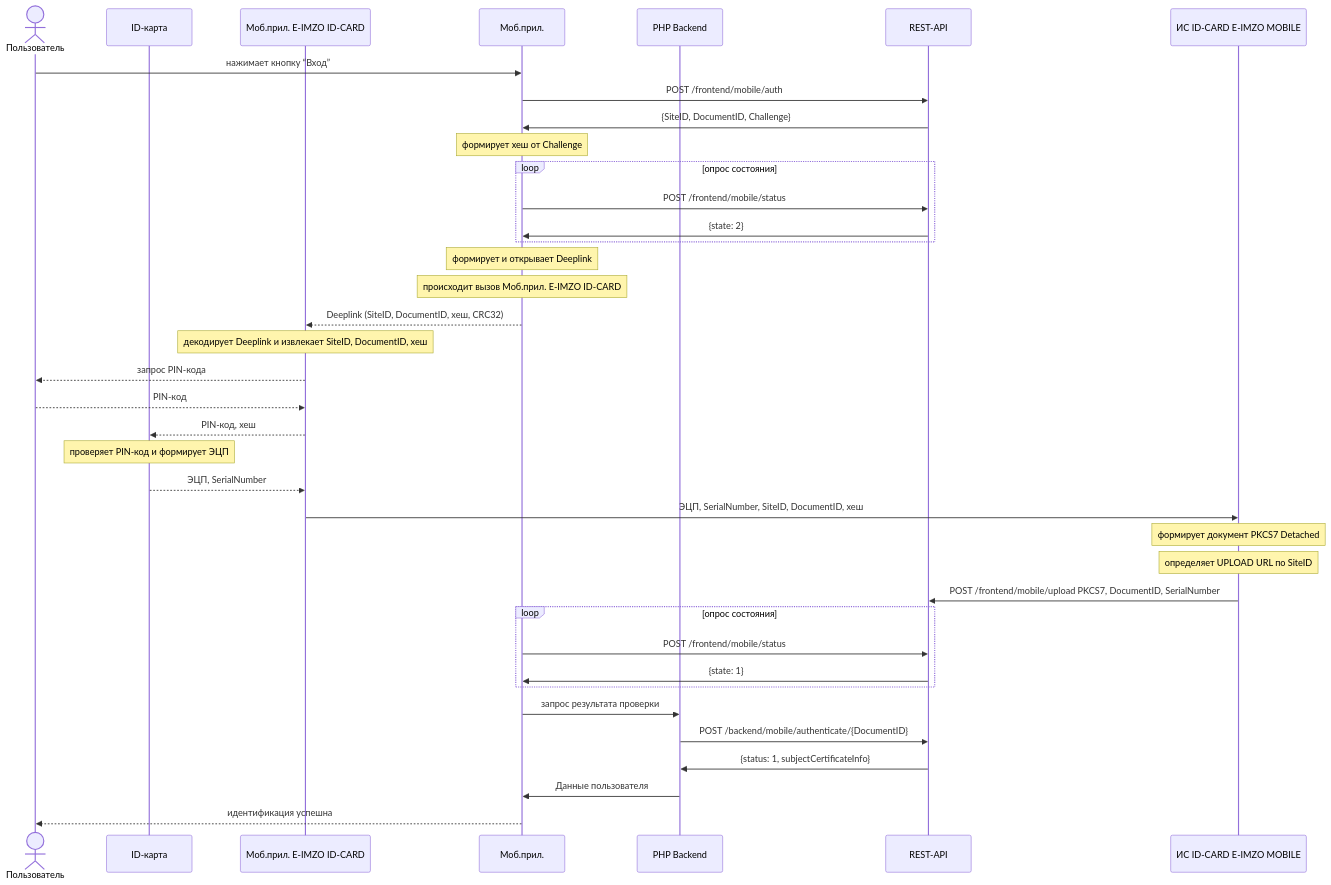
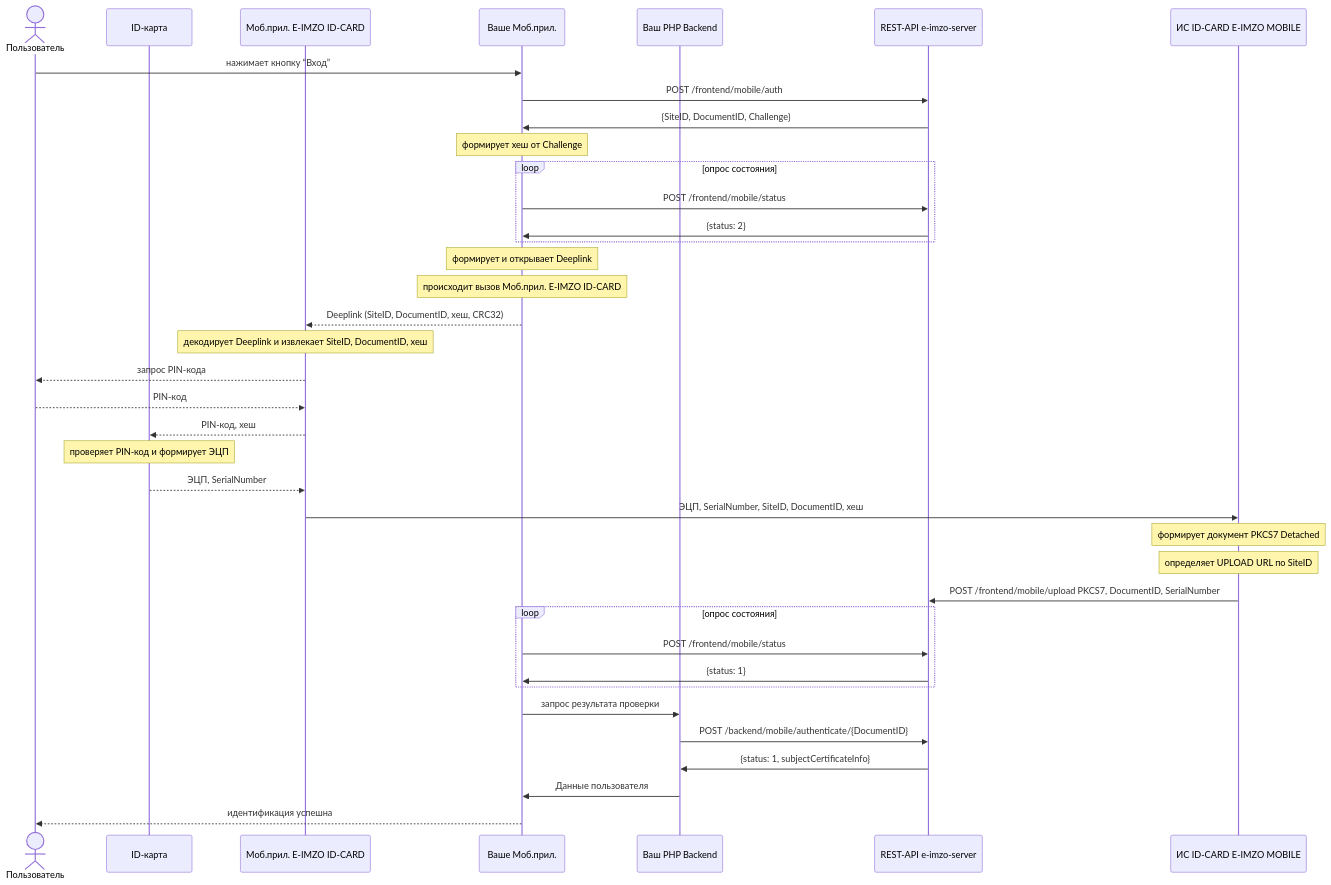
Before and after one commit to qo0p/e-imzo-doc: the first of 3 diagrams in README.md, drawn with Mermaid. The commit also changed other lines of this file, not shown here.

````diff
--- a/README.md
+++ b/README.md
@@ -765,42 +765,42 @@
 ```mermaid
 sequenceDiagram
   actor user as Пользователь
   participant idcard as ID-карта
   participant eimzo as Моб.прил. E-IMZO ID-CARD
-  participant frontend as Моб.прил.
-  participant backend as PHP Backend
-  participant rest as REST-API
+  participant frontend as Ваше Моб.прил.
+  participant backend as Ваш PHP Backend
+  participant rest as REST-API e-imzo-server
   participant api as ИС ID-CARD E-IMZO MOBILE
   
   user ->> frontend: нажимает кнопку “Вход”
   frontend ->> rest: POST /frontend/mobile/auth
   rest ->> frontend: {SiteID, DocumentID, Challenge}
   Note over frontend: формирует хеш от Challenge
   loop опрос состояния
     frontend ->> rest: POST /frontend/mobile/status
-    rest ->> frontend: {state: 2}
+    rest ->> frontend: {status: 2}
   end
   Note over frontend: формирует и открывает Deeplink
   Note over frontend: происходит вызов Моб.прил. E-IMZO ID-CARD
   frontend -->> eimzo: Deeplink (SiteID, DocumentID, хеш, CRC32)
   Note over eimzo: декодирует Deeplink и извлекает SiteID, DocumentID, хеш
   eimzo -->> user: запрос PIN-кода
   user -->> eimzo: PIN-код
   eimzo -->> idcard: PIN-код, хеш
   Note over idcard : проверяет PIN-код и формирует ЭЦП
   idcard -->> eimzo: ЭЦП, SerialNumber
   eimzo ->> api: ЭЦП, SerialNumber, SiteID, DocumentID, хеш
   Note over api: формирует документ PKCS7 Detached
   Note over api: определяет UPLOAD URL по SiteID
   api ->> rest: POST /frontend/mobile/upload PKCS7, DocumentID, SerialNumber
   loop опрос состояния
     frontend ->> rest: POST /frontend/mobile/status
-    rest ->> frontend: {state: 1}
+    rest ->> frontend: {status: 1}
   end
   frontend ->> backend: запрос результата проверки
   backend ->> rest: POST /backend/mobile/authenticate/{DocumentID}
   rest ->> backend: {status: 1, subjectCertificateInfo}
   backend ->> frontend: Данные пользователя
   frontend -->> user: идентификация успешна
 
 ```
````
